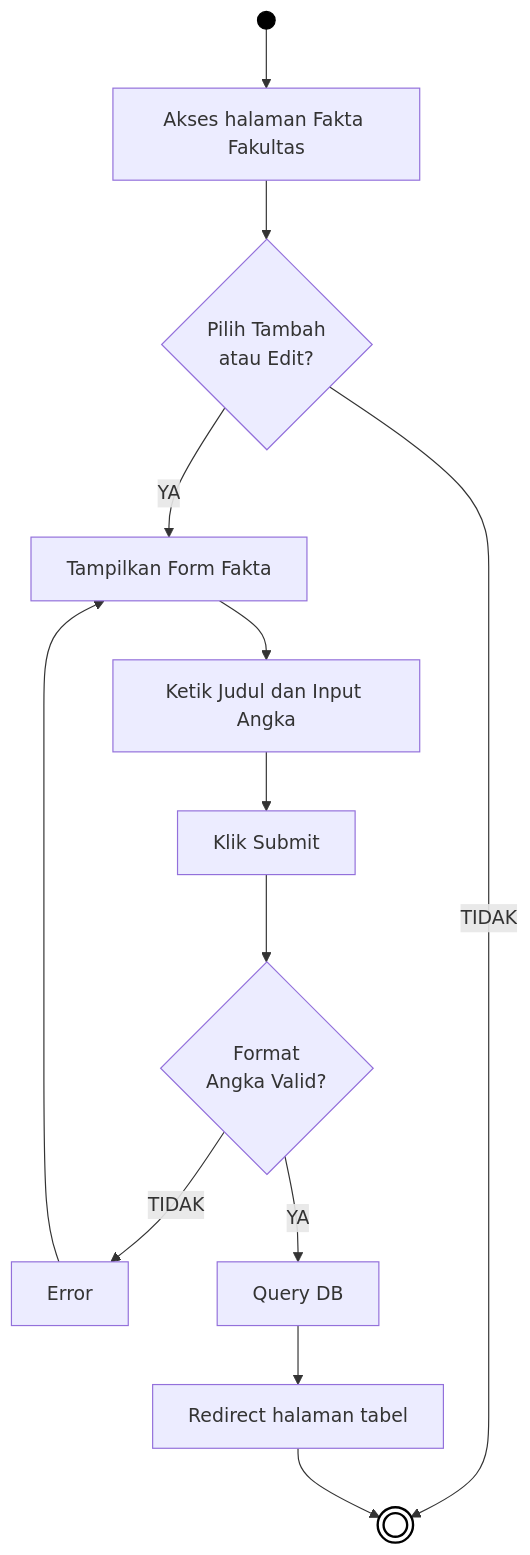
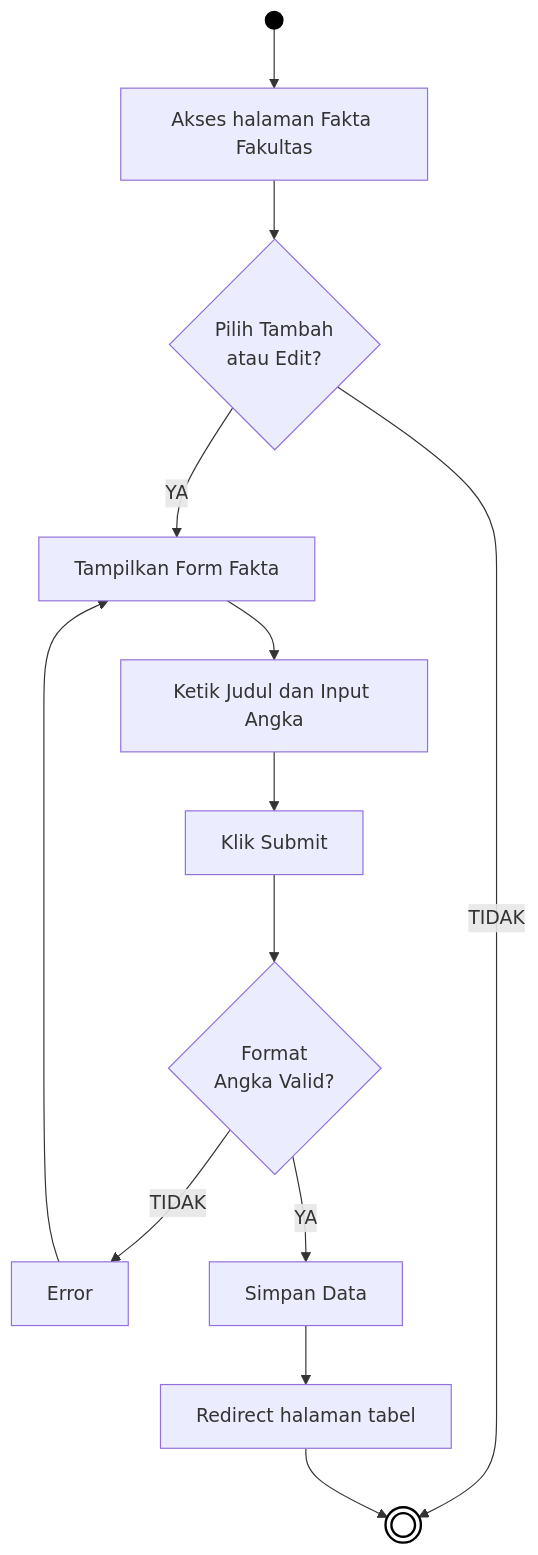
Before and after one commit to arbain-dev/Web_fikom: the fourth of 5 diagrams in docs/01_DIAGRAM_AKTIVITAS.md, drawn with Mermaid. The commit also changed other lines of this file, not shown here.

Commit message:
docs: menyederhanakan istilah Query DB pada diagram aktivitas

````diff
--- a/docs/01_DIAGRAM_AKTIVITAS.md
+++ b/docs/01_DIAGRAM_AKTIVITAS.md
@@ -117,22 +117,22 @@
 ```mermaid
 flowchart TD
     Start(( )) --> A[Akses halaman Fakta Fakultas]
     
     A --> B{Pilih Tambah\natau Edit?}
     B -- TIDAK --> End((( )))
     
     B -- YA --> C[Tampilkan Form Fakta]
     C --> D[Ketik Judul dan Input Angka]
     D --> E[Klik Submit]
     
     E --> F{Format\nAngka Valid?}
     F -- TIDAK --> G[Error]
     G --> C
     
-    F -- YA --> H[Query DB]
+    F -- YA --> H[Simpan Data]
     H --> I[Redirect halaman tabel]
     I --> End
     
     style Start fill:#000,stroke:#000,color:#000
     style End fill:#fff,stroke:#000,stroke-width:2px
 ```
````
